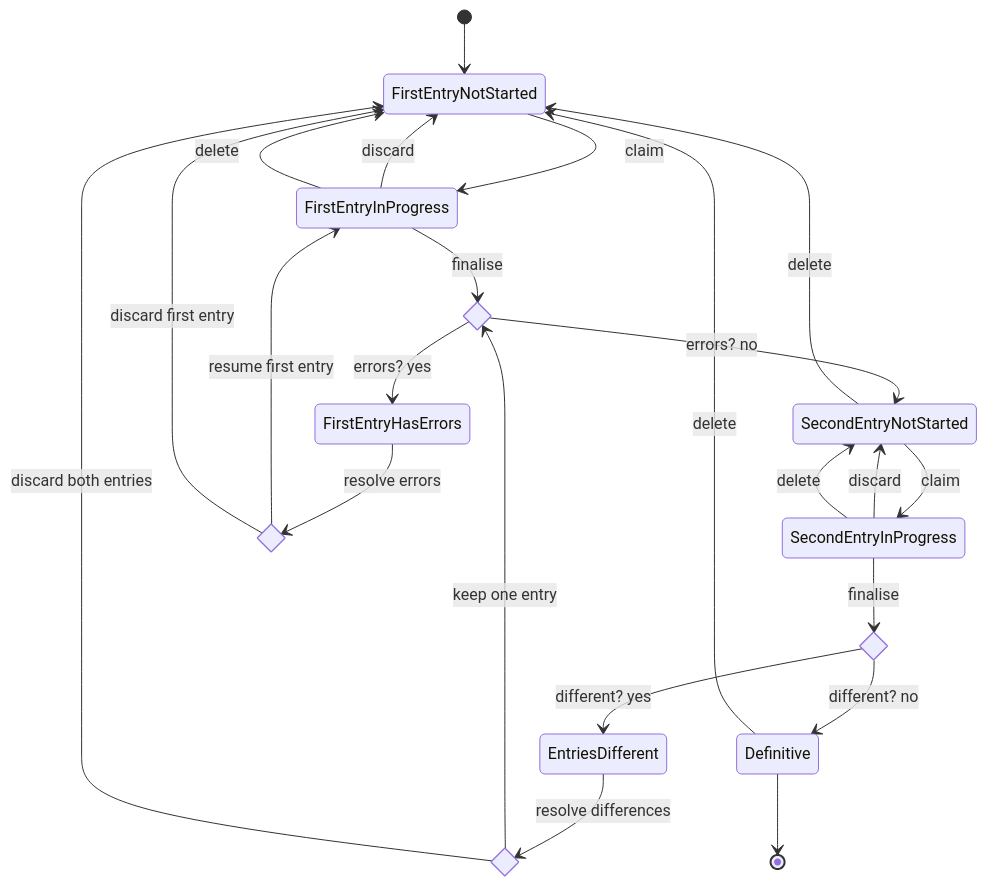
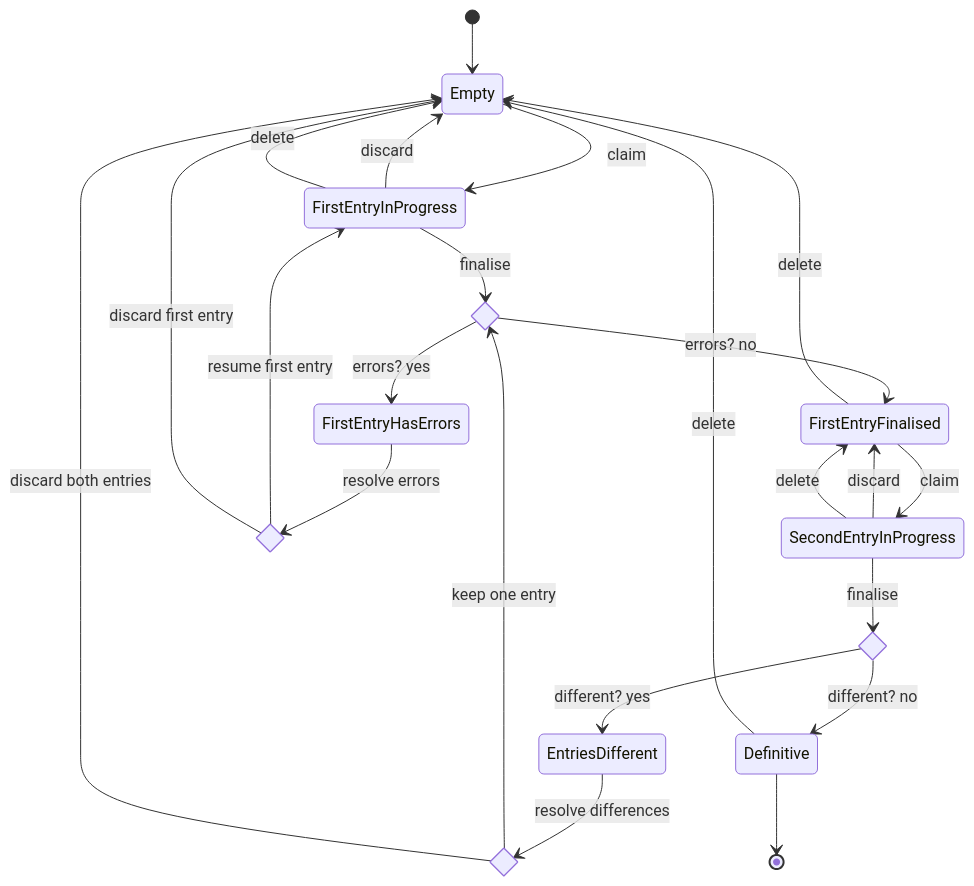
Before and after one commit to kiesraad/abacus: the diagram in documentatie/flowcharts/data-entry-state.md, drawn with Mermaid. The commit also changed 37 other files, not shown here.

````diff
--- a/documentatie/flowcharts/data-entry-state.md
+++ b/documentatie/flowcharts/data-entry-state.md
@@ -7,38 +7,38 @@
 ```mermaid
 stateDiagram-v2
-  [*] --> FirstEntryNotStarted
-  FirstEntryNotStarted --> FirstEntryInProgress: claim
+  [*] --> Empty
+  Empty --> FirstEntryInProgress: claim
   %% FirstEntryInProgress --> FirstEntryInProgress: save
 
   state first_has_errors <<choice>>
   FirstEntryInProgress --> first_has_errors: finalise
-  FirstEntryInProgress --> FirstEntryNotStarted: discard
+  FirstEntryInProgress --> Empty: discard
   
-  first_has_errors --> SecondEntryNotStarted: errors? no
+  first_has_errors --> FirstEntryFinalised: errors? no
   first_has_errors --> FirstEntryHasErrors: errors? yes
 
-  SecondEntryNotStarted --> SecondEntryInProgress: claim
+  FirstEntryFinalised --> SecondEntryInProgress: claim
   %% SecondEntryInProgress --> SecondEntryInProgress: save
-  SecondEntryInProgress --> SecondEntryNotStarted: discard
+  SecondEntryInProgress --> FirstEntryFinalised: discard
 
   state first_resolve_errors <<choice>>
   FirstEntryHasErrors --> first_resolve_errors: resolve errors
   first_resolve_errors --> FirstEntryInProgress: resume first entry
-  first_resolve_errors --> FirstEntryNotStarted: discard first entry
+  first_resolve_errors --> Empty: discard first entry
   
   state is_different <<choice>>
   SecondEntryInProgress --> is_different: finalise
   is_different --> EntriesDifferent: different? yes
   is_different --> Definitive: different? no
   
   state resolve <<choice>>
   EntriesDifferent --> resolve: resolve differences
   resolve --> first_has_errors: keep one entry
-  resolve --> FirstEntryNotStarted: discard both entries
-  FirstEntryInProgress --> FirstEntryNotStarted: delete
-  SecondEntryNotStarted --> FirstEntryNotStarted: delete
-  SecondEntryInProgress --> SecondEntryNotStarted: delete
-  Definitive --> FirstEntryNotStarted: delete
+  resolve --> Empty: discard both entries
+  FirstEntryInProgress --> Empty: delete
+  FirstEntryFinalised --> Empty: delete
+  SecondEntryInProgress --> FirstEntryFinalised: delete
+  Definitive --> Empty: delete
 
   Definitive --> [*]
 ```
````
